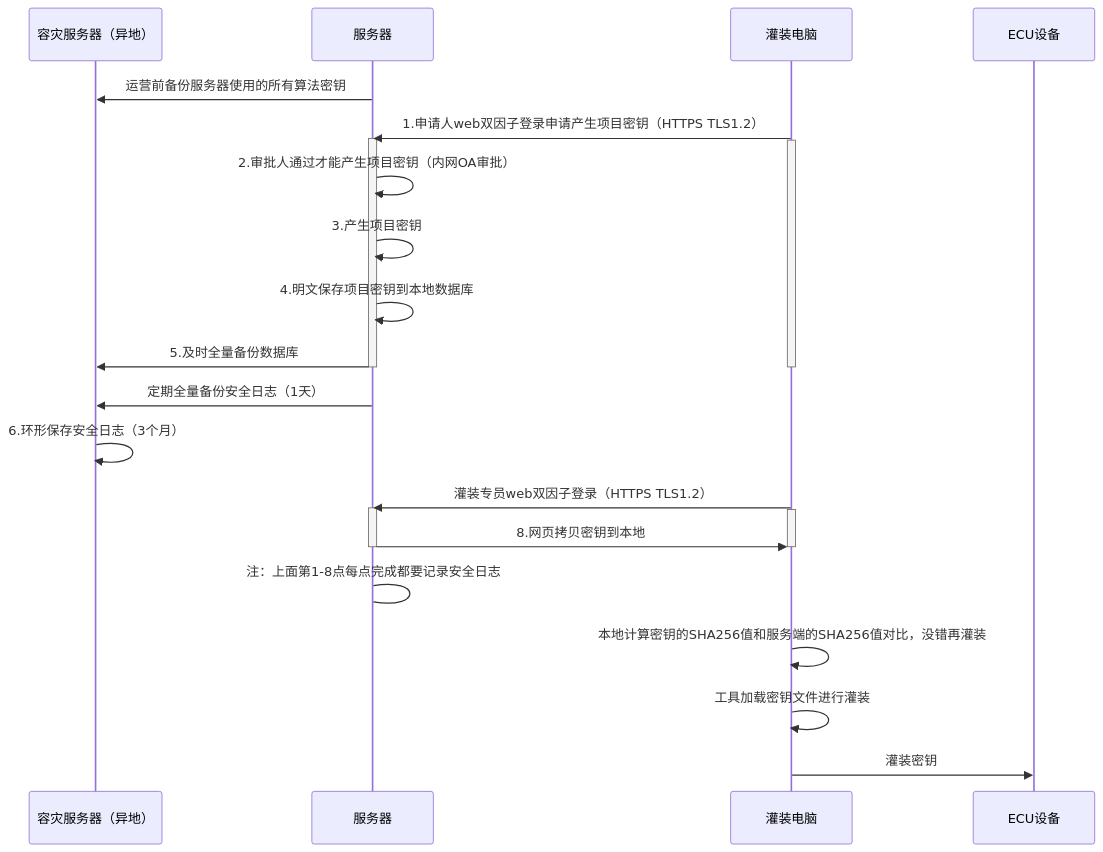
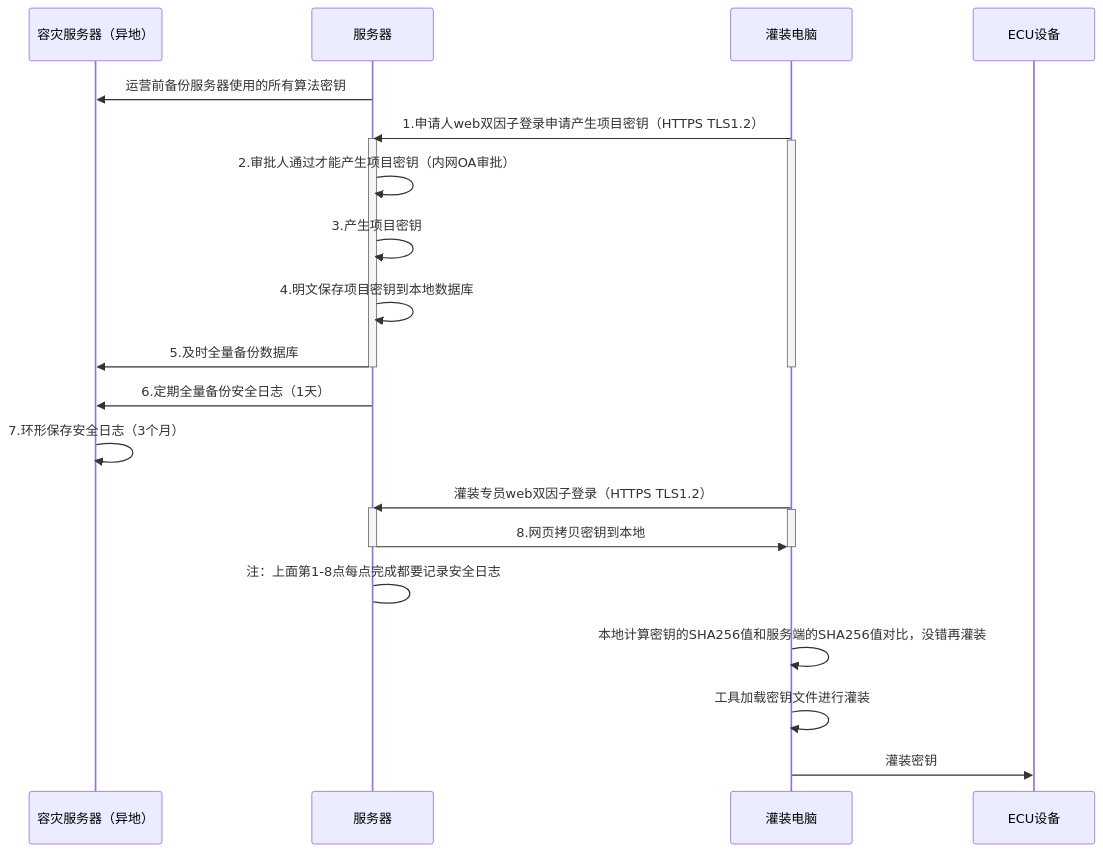
Before and after one commit to facebook-cloud/iodraw-files: the diagram in all/未命名-20.md, drawn with Mermaid.

Commit message:
2026-03-28 09:31:58 update

````diff
--- a/all/未命名-20.md
+++ b/all/未命名-20.md
@@ -1,35 +1,35 @@
 ```mermaid
 sequenceDiagram
     participant A as 容灾服务器（异地）
     participant B as 服务器
     participant D as 灌装电脑
     participant E as ECU设备
 
     B->>A: 运营前备份服务器使用的所有算法密钥
     D->>B: 1.申请人web双因子登录申请产生项目密钥（HTTPS TLS1.2）
     activate B
     activate D
     B->>B: 2.审批人通过才能产生项目密钥（内网OA审批）
     B->>B: 3.产生项目密钥
     B->>B: 4.明文保存项目密钥到本地数据库
     B->>A: 5.及时全量备份数据库
 
     deactivate B
     deactivate D
 
-    B->>A:定期全量备份安全日志（1天）
-    A->>A: 6.环形保存安全日志（3个月）
+    B->>A: 6.定期全量备份安全日志（1天）
+    A->>A: 7.环形保存安全日志（3个月）
     
     D->>B: 灌装专员web双因子登录（HTTPS TLS1.2）
     activate B
     activate D
     B->>D: 8.网页拷贝密钥到本地
     deactivate B
     deactivate D
     B->B: 注：上面第1-8点每点完成都要记录安全日志
 
     D->>D:本地计算密钥的SHA256值和服务端的SHA256值对比，没错再灌装
     D->>D:工具加载密钥文件进行灌装
     
     D->>E: 灌装密钥
 ```
````
